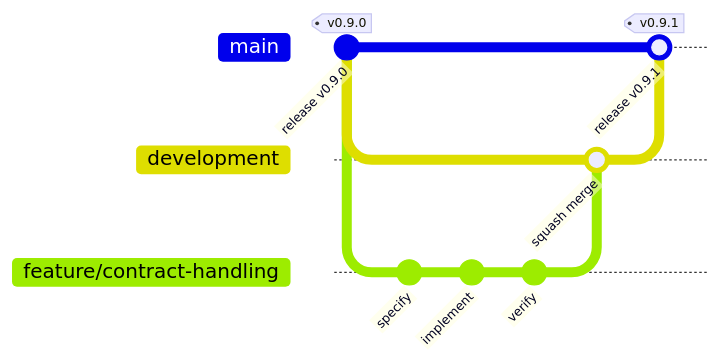
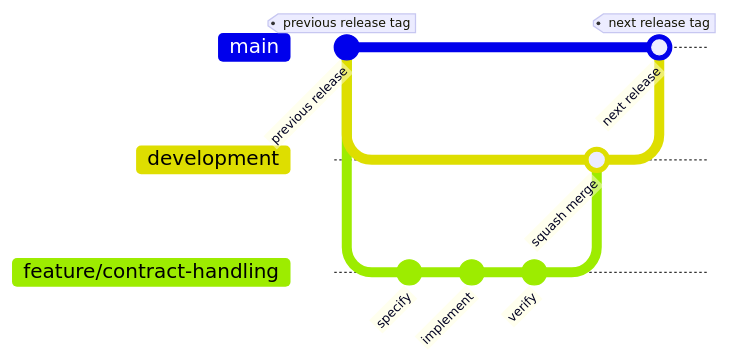
Before and after one commit to enthali/syspilot: the diagram in docs/branching.md, drawn with Mermaid. The commit also changed 26 other files, not shown here.

````diff
--- a/docs/branching.md
+++ b/docs/branching.md
@@ -37,15 +37,15 @@
 ```{mermaid}
 gitGraph
-    commit id: "release v0.9.0" tag: "v0.9.0"
+    commit id: "previous release" tag: "previous release tag"
     branch development
     checkout development
     branch feature/contract-handling
     checkout feature/contract-handling
     commit id: "specify"
     commit id: "implement"
     commit id: "verify"
     checkout development
     merge feature/contract-handling id: "squash merge"
     checkout main
-    merge development id: "release v0.9.1" tag: "v0.9.1"
+    merge development id: "next release" tag: "next release tag"
 ```
````
